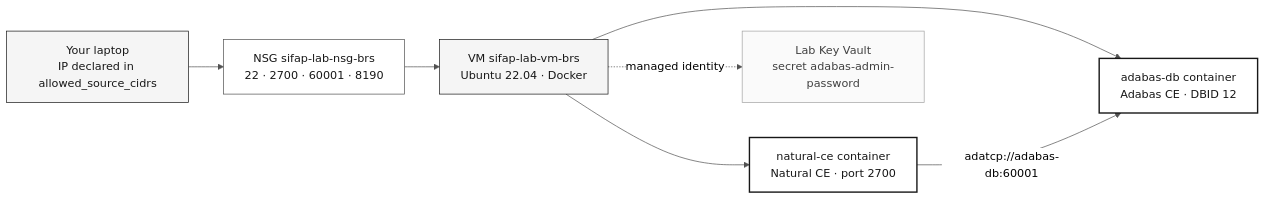
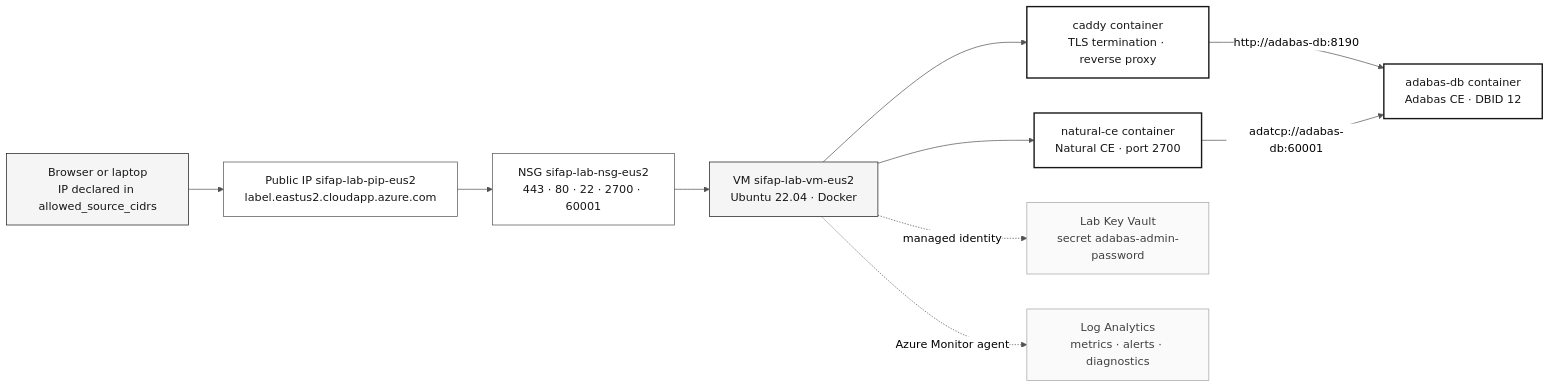
The diagram in infra/adabas-natural-lab/README.md (paulasilvatech/datacorp-mm-team-kit), drawn with Mermaid before and after one commit. The commit also changed other lines of this file and 56 other files, not shown here.

````diff
--- a/infra/adabas-natural-lab/README.md
+++ b/infra/adabas-natural-lab/README.md
@@ -55,21 +65,26 @@
 ```mermaid
 %%{init: {'theme':'neutral','themeVariables':{'fontFamily':'ui-sans-serif, system-ui, sans-serif','primaryColor':'#F5F5F5','primaryTextColor':'#171717','primaryBorderColor':'#171717','lineColor':'#525252','secondaryColor':'#FFFFFF','tertiaryColor':'#FAFAFA','background':'#FFFFFF'}}}%%
 flowchart LR
     classDef step fill:#F5F5F5,stroke:#171717,color:#171717
     classDef alt fill:#FFFFFF,stroke:#525252,color:#171717
     classDef muted fill:#FAFAFA,stroke:#A3A3A3,color:#404040
     classDef result fill:#FFFFFF,stroke:#171717,color:#171717,stroke-width:2px
 
-    DEV["Your laptop<br/>IP declared in allowed_source_cidrs"]:::step
-    NSG["NSG sifap-lab-nsg-brs<br/>22 · 2700 · 60001 · 8190"]:::alt
-    VM["VM sifap-lab-vm-brs<br/>Ubuntu 22.04 · Docker"]:::step
+    DEV["Browser or laptop<br/>IP declared in allowed_source_cidrs"]:::step
+    DNS["Public IP sifap-lab-pip-eus2<br/>label.eastus2.cloudapp.azure.com"]:::alt
+    NSG["NSG sifap-lab-nsg-eus2<br/>443 · 80 · 22 · 2700 · 60001"]:::alt
+    CAD["caddy container<br/>TLS termination · reverse proxy"]:::result
+    VM["VM sifap-lab-vm-eus2<br/>Ubuntu 22.04 · Docker"]:::step
     NAT["natural-ce container<br/>Natural CE · port 2700"]:::result
     ADA["adabas-db container<br/>Adabas CE · DBID 12"]:::result
     KV["Lab Key Vault<br/>secret adabas-admin-password"]:::muted
+    LAW["Log Analytics<br/>metrics · alerts · diagnostics"]:::muted
 
-    DEV --> NSG --> VM
+    DEV --> DNS --> NSG --> VM
+    VM --> CAD
+    CAD -->|"http://adabas-db:8190"| ADA
     VM --> NAT
-    VM --> ADA
     NAT -->|"adatcp://adabas-db:60001"| ADA
     VM -.->|"managed identity"| KV
+    VM -.->|"Azure Monitor agent"| LAW
 ```
````
